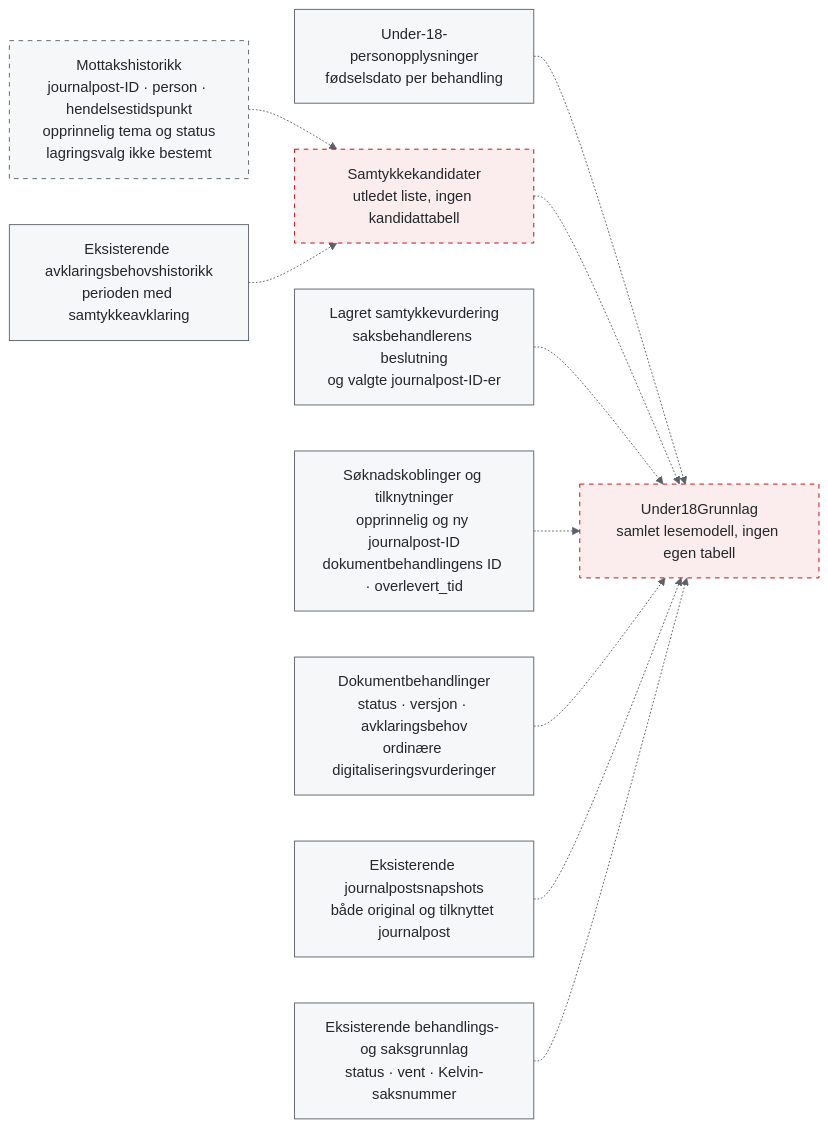
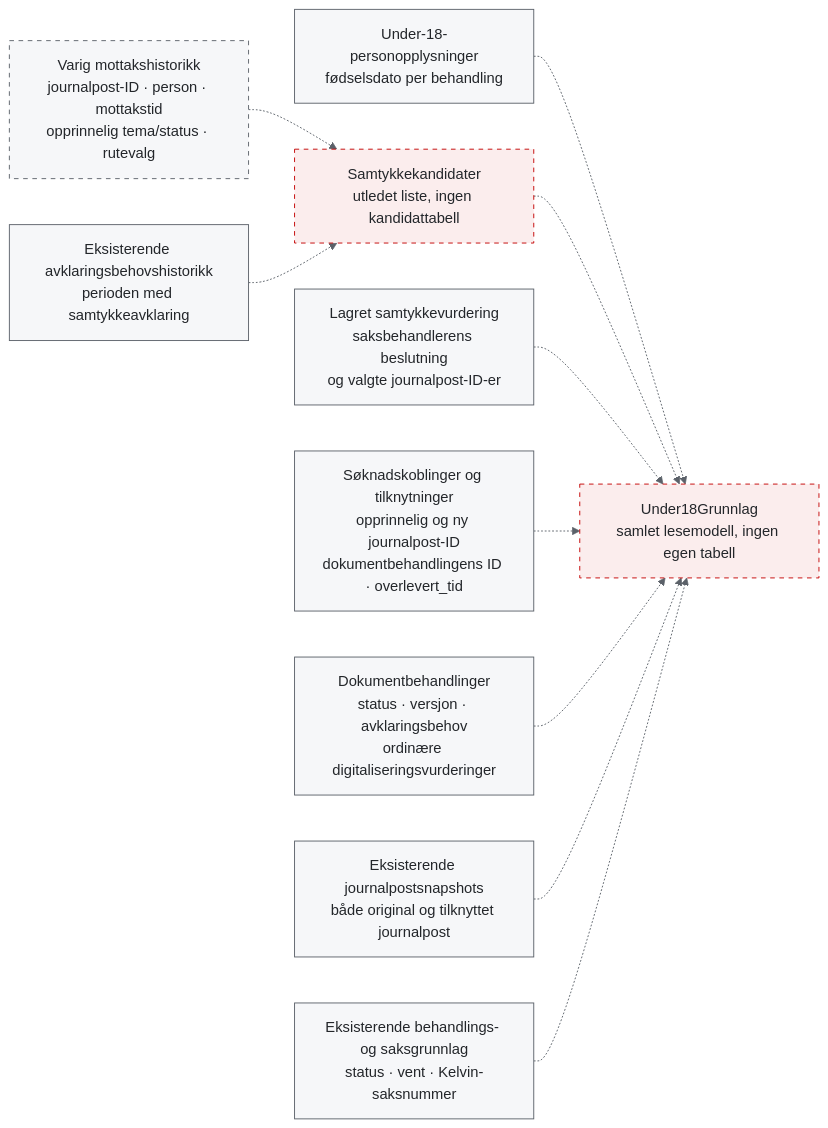
One commit to navikt/aap-postmottak-backend changed the fourth of 5 diagrams in under-18-flyt.md. Above: the diagram before and after it, drawn with Mermaid. The commit also changed other lines of this file and 34 other files, not shown here.

````diff
--- a/under-18-flyt.md
+++ b/under-18-flyt.md
@@ -639,29 +366,29 @@
 ```mermaid
 %%{init: {"theme":"base","themeVariables":{"primaryColor":"#F6F7F9","primaryTextColor":"#23262A","primaryBorderColor":"#5B6169","lineColor":"#5B6169","secondaryColor":"#FBEDED","tertiaryColor":"#F6F7F9","background":"#FFFFFF"}}}%%
 flowchart LR
-    mottak["Mottakshistorikk<br/>journalpost-ID · person · hendelsestidspunkt<br/>opprinnelig tema og status<br/>lagringsvalg ikke bestemt"]
+    mottak["Varig mottakshistorikk<br/>journalpost-ID · person · mottakstid<br/>opprinnelig tema/status · rutevalg"]
     personopplysninger["Under-18-personopplysninger<br/>fødselsdato per behandling"]
     historikk["Eksisterende avklaringsbehovshistorikk<br/>perioden med samtykkeavklaring"]
     kandidater["Samtykkekandidater<br/>utledet liste, ingen kandidattabell"]
     samtykke["Lagret samtykkevurdering<br/>saksbehandlerens beslutning<br/>og valgte journalpost-ID-er"]
     soknader["Søknadskoblinger og tilknytninger<br/>opprinnelig og ny journalpost-ID<br/>dokumentbehandlingens ID · overlevert_tid"]
     dokumentbehandlinger["Dokumentbehandlinger<br/>status · versjon · avklaringsbehov<br/>ordinære digitaliseringsvurderinger"]
     journalposter["Eksisterende journalpostsnapshots<br/>både original og tilknyttet journalpost"]
     behandling["Eksisterende behandlings- og saksgrunnlag<br/>status · vent · Kelvin-saksnummer"]
     grunnlag["Under18Grunnlag<br/>samlet lesemodell, ingen egen tabell"]
     mottak -.-> kandidater
     personopplysninger -.-> grunnlag
     historikk -.-> kandidater
     kandidater -.-> grunnlag
     samtykke -.-> grunnlag
     soknader -.-> grunnlag
     dokumentbehandlinger -.-> grunnlag
     journalposter -.-> grunnlag
     behandling -.-> grunnlag
     classDef lagret fill:#F6F7F9,stroke:#5B6169,color:#23262A
     classDef utledet fill:#FBEDED,stroke:#C30000,color:#23262A,stroke-dasharray:5 5
     classDef uavklart fill:#F6F7F9,stroke:#5B6169,color:#23262A,stroke-dasharray:5 5
     class personopplysninger,historikk,samtykke,soknader,dokumentbehandlinger,journalposter,behandling lagret
     class kandidater,grunnlag utledet
     class mottak uavklart
 ```
````
